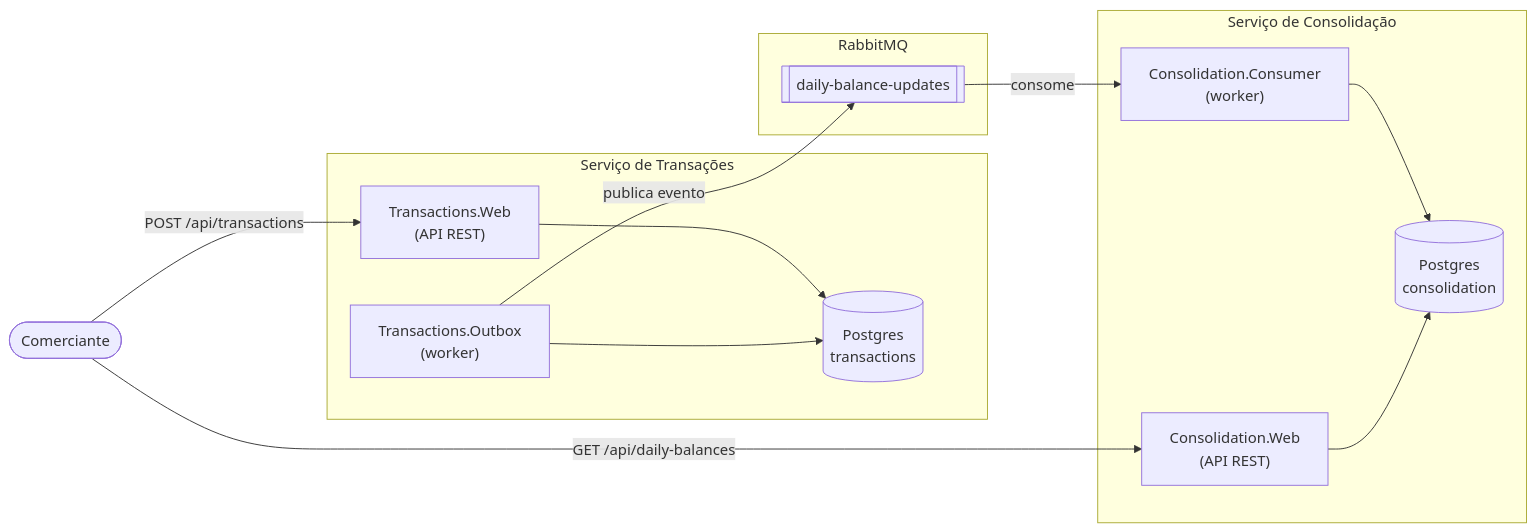
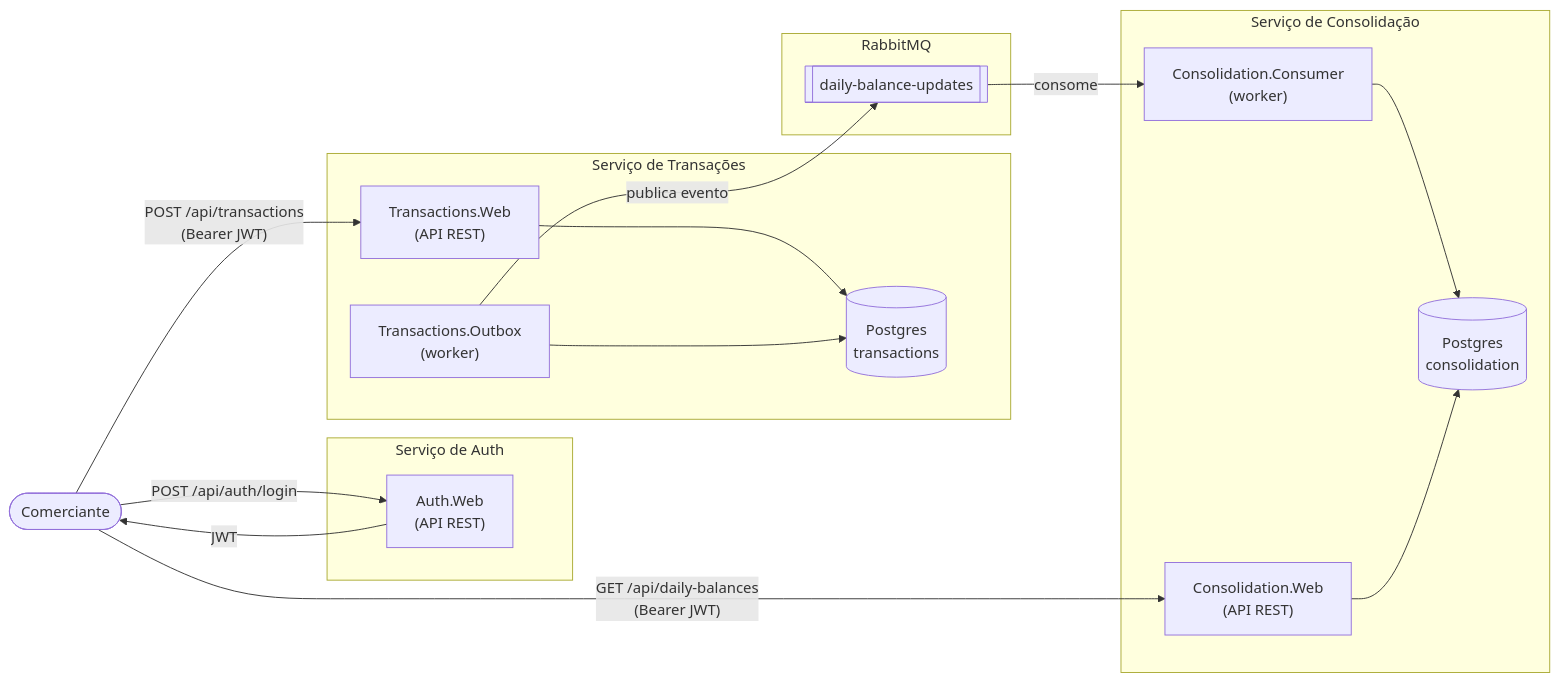
One commit to lhpvolpi/cash-flow changed the first of 4 diagrams in docs/architecture.md. Above: the diagram before and after it, drawn with Mermaid. The commit also changed other lines of this file and 9 other files, not shown here.

First line of the commit message:
test: testes de autorização JWT via WebApplicationFactory e atualização da documentação

````diff
--- a/docs/architecture.md
+++ b/docs/architecture.md
@@ -10,29 +10,35 @@
 ```mermaid
 flowchart LR
     Merchant(["Comerciante"])
+
+    subgraph AU["Serviço de Auth"]
+        AuthWeb["Auth.Web\n(API REST)"]
+    end
 
     subgraph TX["Serviço de Transações"]
         TXWeb["Transactions.Web\n(API REST)"]
         TXOutbox["Transactions.Outbox\n(worker)"]
         TXDB[("Postgres\ntransactions")]
     end
 
     subgraph MQ["RabbitMQ"]
         Queue[["daily-balance-updates"]]
     end
 
     subgraph CO["Serviço de Consolidação"]
         COConsumer["Consolidation.Consumer\n(worker)"]
         COWeb["Consolidation.Web\n(API REST)"]
         CODB[("Postgres\nconsolidation")]
     end
 
-    Merchant -->|"POST /api/transactions"| TXWeb
-    Merchant -->|"GET /api/daily-balances"| COWeb
+    Merchant -->|"POST /api/auth/login"| AuthWeb
+    AuthWeb -->|JWT| Merchant
+    Merchant -->|"POST /api/transactions\n(Bearer JWT)"| TXWeb
+    Merchant -->|"GET /api/daily-balances\n(Bearer JWT)"| COWeb
     TXWeb --> TXDB
     TXOutbox --> TXDB
     TXOutbox -->|publica evento| Queue
     Queue -->|consome| COConsumer
     COConsumer --> CODB
     COWeb --> CODB
 ```
````
